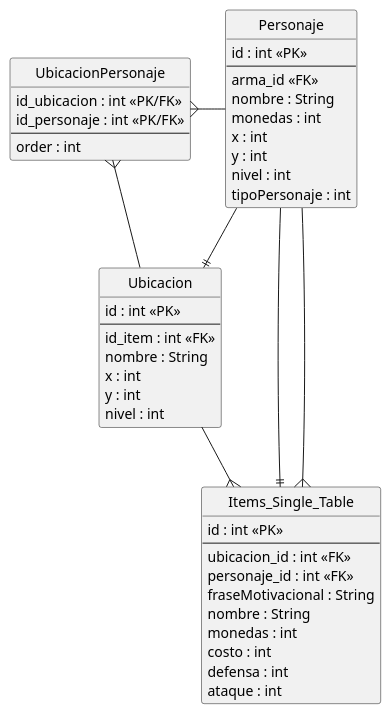
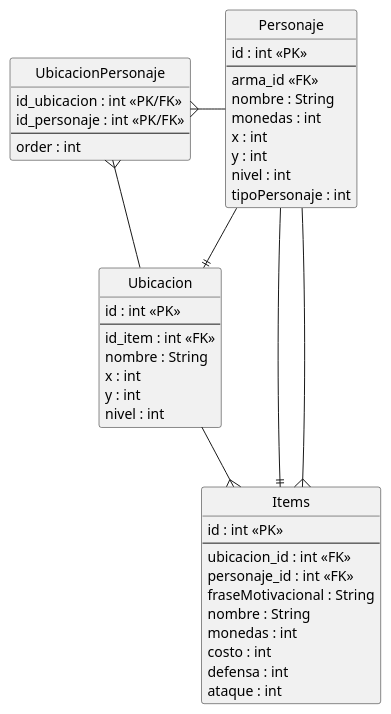
One commit to mbeorlegui/parciales-dds changed the diagram in Segundos-parciales/shieldgo/Diagrama.puml. Above: the diagram before and after it, drawn with PlantUML. The commit also changed 4 other files, not shown here.

Commit message:
Actualiza diagramas y detalles de codigo

```diff
--- a/Segundos-parciales/shieldgo/Diagrama.puml
+++ b/Segundos-parciales/shieldgo/Diagrama.puml
@@ -1,60 +1,62 @@
 @startuml DER-shieldgo
 
 hide circle
 
 
 entity Personaje {
   id : int <<PK>>
   --
   arma_id <<FK>>
   nombre : String
   monedas : int
   x : int
   y : int
   nivel : int
   tipoPersonaje : int
 }
 
 
 
 entity Ubicacion {
   id : int <<PK>>
   --
   id_item : int <<FK>>
   nombre : String
   x : int
   y : int
   nivel : int
 }
 
 entity UbicacionPersonaje {
   id_ubicacion : int <<PK/FK>>
   id_personaje : int <<PK/FK>>
   --
   order : int
   ' order porque aplico OrderColumn
   ' Pertenecienta a la lista
   ' ubicacionesVisitadas
 }
 
-entity Items_Single_Table {
+entity Items {
   id : int <<PK>>
   --
+  ' Todas las propiedades de Item estan en esta tabla
+  ' Ya que uso Single Table
   ubicacion_id : int <<FK>>
   personaje_id : int <<FK>>
   fraseMotivacional : String
   nombre : String
   monedas : int
   costo : int
   defensa : int
   ataque : int
 }
 
-Personaje --|| Items_Single_Table
-Personaje --{ Items_Single_Table
+Personaje --|| Items
+Personaje --{ Items
 Personaje --|| Ubicacion
 Personaje -left-{ UbicacionPersonaje
 Ubicacion -left-{ UbicacionPersonaje
-Ubicacion --{ Items_Single_Table
+Ubicacion --{ Items
 
 @enduml
```
